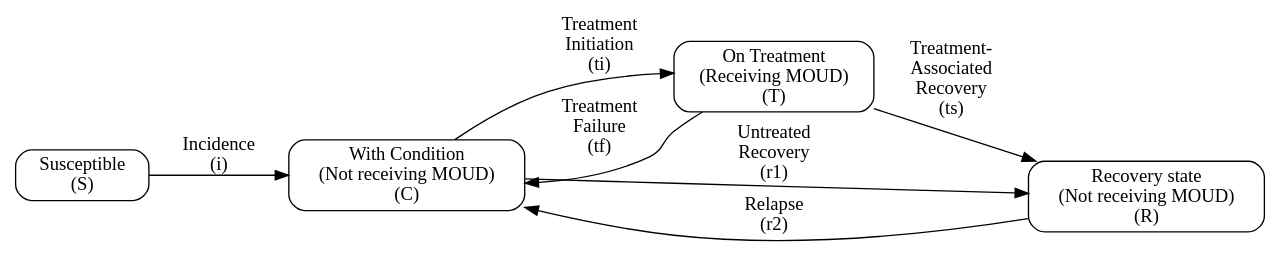
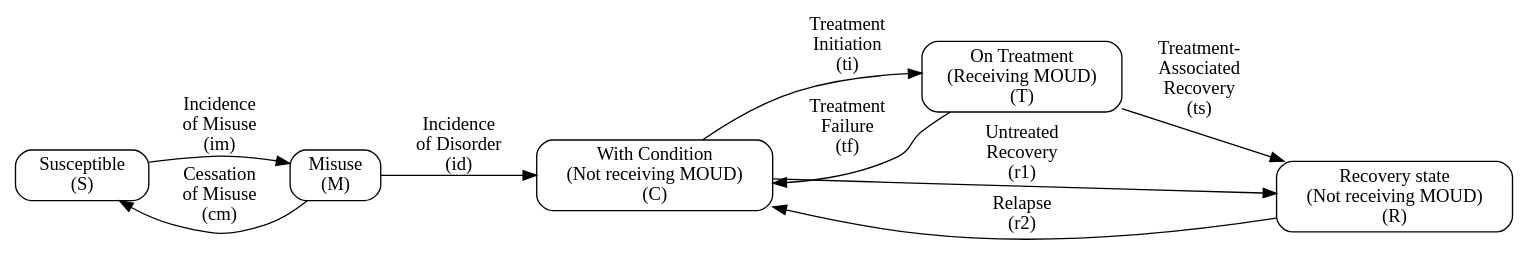
Before and after one commit to ihmeuw/vivarium_research: the diagram in docs/source/models/causes/opioid_use_disorder/index.rst, drawn with Graphviz. The commit also changed other lines of this file and 1 other file, not shown here.

Commit message:
add state for misuse that is not OUD, and split housing and incarceration into separate models

```diff
--- a/docs/source/models/causes/opioid_use_disorder/index.rst
+++ b/docs/source/models/causes/opioid_use_disorder/index.rst
@@ -359,18 +371,21 @@
 .. graphviz::
 
   digraph oud_model {
       rankdir = LR;
       node [shape=box, style=rounded];
 
       susceptible [label="Susceptible\n(S)"]
+      misuse [label="Misuse\n(M)"]
       with_condition [label="With Condition\n(Not receiving MOUD)\n(C)"]
       on_treatment [label="On Treatment\n(Receiving MOUD)\n(T)"]
       recovery [label="Recovery state\n(Not receiving MOUD)\n(R)"]
 
-      susceptible -> with_condition [label="Incidence\n(i)"]
+      susceptible -> misuse [label="Incidence\nof Misuse\n(im)"]
+      misuse -> susceptible [label="Cessation\nof Misuse\n(cm)"]
+      misuse -> with_condition [label="Incidence\nof Disorder\n(id)"]
       with_condition -> recovery [label="Untreated\nRecovery\n(r1)"]
       with_condition -> on_treatment [label="Treatment\nInitiation\n(ti)"]
       on_treatment -> with_condition [label="Treatment\nFailure\n(tf)"]
       on_treatment -> recovery [label="Treatment-\nAssociated\nRecovery\n(ts)"]
       recovery -> with_condition [label="Relapse\n(r2)"]
   }
```
